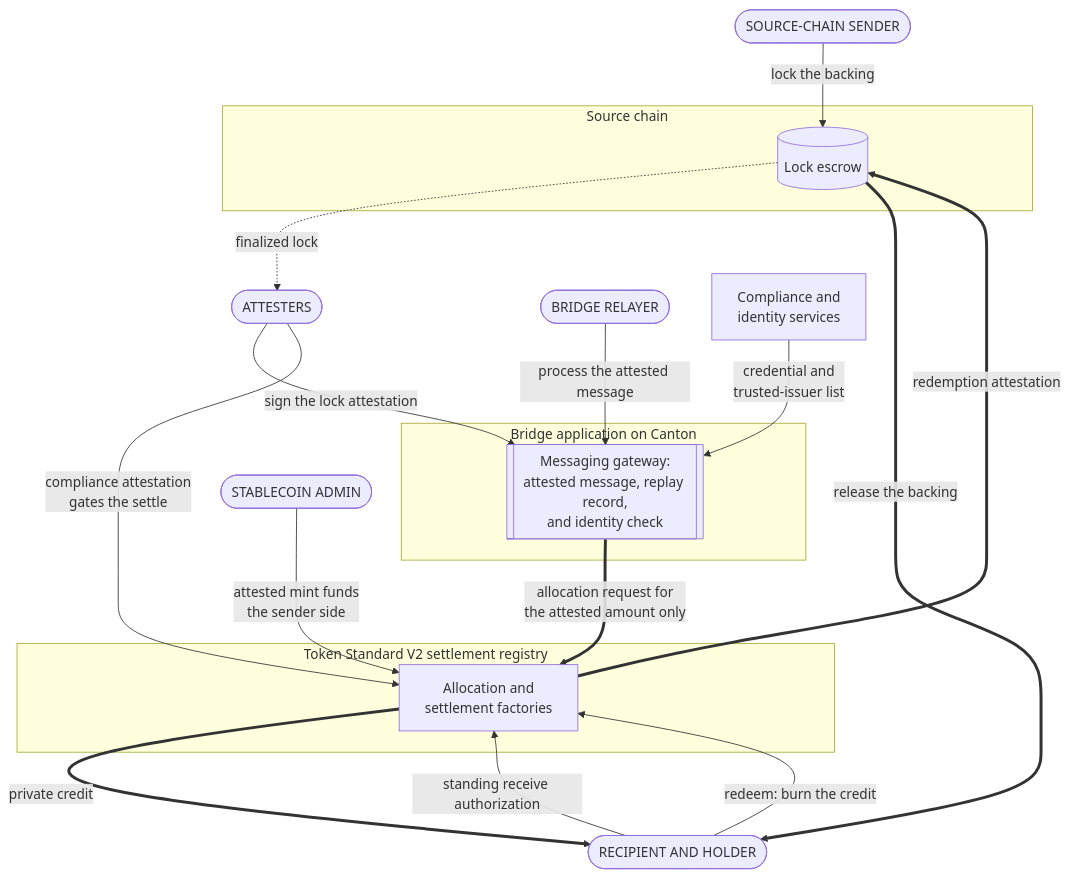
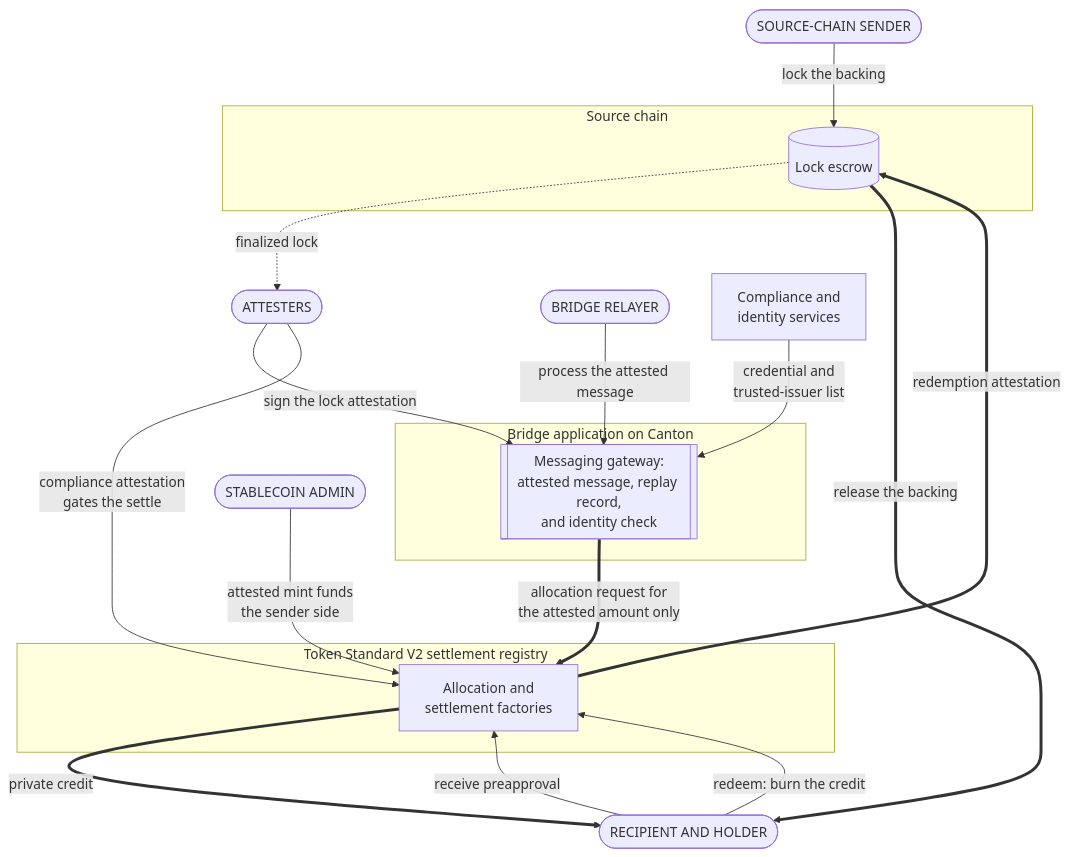
The first of 3 diagrams in docs/reference-architectures/cross-chain-stablecoin.md (OpenZeppelin/canton-specs), drawn with Mermaid before and after one commit. The commit also changed other lines of this file, not shown here.

Commit message:
Rename the standing receive authorization to the receive preapproval, and keep standing for the source-chain claim.

````diff
--- a/docs/reference-architectures/cross-chain-stablecoin.md
+++ b/docs/reference-architectures/cross-chain-stablecoin.md
@@ -111,35 +111,35 @@
 ```mermaid
 flowchart TB
     Sender([SOURCE-CHAIN SENDER])
     Attesters([ATTESTERS])
     Relayer([BRIDGE RELAYER])
     Recipient([RECIPIENT AND HOLDER])
     Admin([STABLECOIN ADMIN])
     Services["Compliance and<br/>identity services"]
 
     subgraph Source["Source chain"]
         Escrow[("Lock escrow")]
     end
 
     subgraph App["Bridge application on Canton"]
         Gateway[["Messaging gateway:<br/>attested message, replay record,<br/>and identity check"]]
     end
 
     subgraph Assets["Token Standard V2 settlement registry"]
         Settle["Allocation and<br/>settlement factories"]
     end
 
     Sender -->|"lock the backing"| Escrow
     Escrow -.->|"finalized lock"| Attesters
     Attesters -->|"sign the lock attestation"| Gateway
     Services -->|"credential and<br/>trusted-issuer list"| Gateway
     Relayer -->|"process the attested message"| Gateway
     Gateway ==>|"allocation request for<br/>the attested amount only"| Settle
-    Recipient -->|"standing receive authorization"| Settle
+    Recipient -->|"receive preapproval"| Settle
     Admin -->|"attested mint funds<br/>the sender side"| Settle
     Attesters -->|"compliance attestation<br/>gates the settle"| Settle
     Settle ==>|"private credit"| Recipient
     Recipient -->|"redeem: burn the credit"| Settle
     Settle ==>|"redemption attestation"| Escrow
     Escrow ==>|"release the backing"| Recipient
 ```
````
